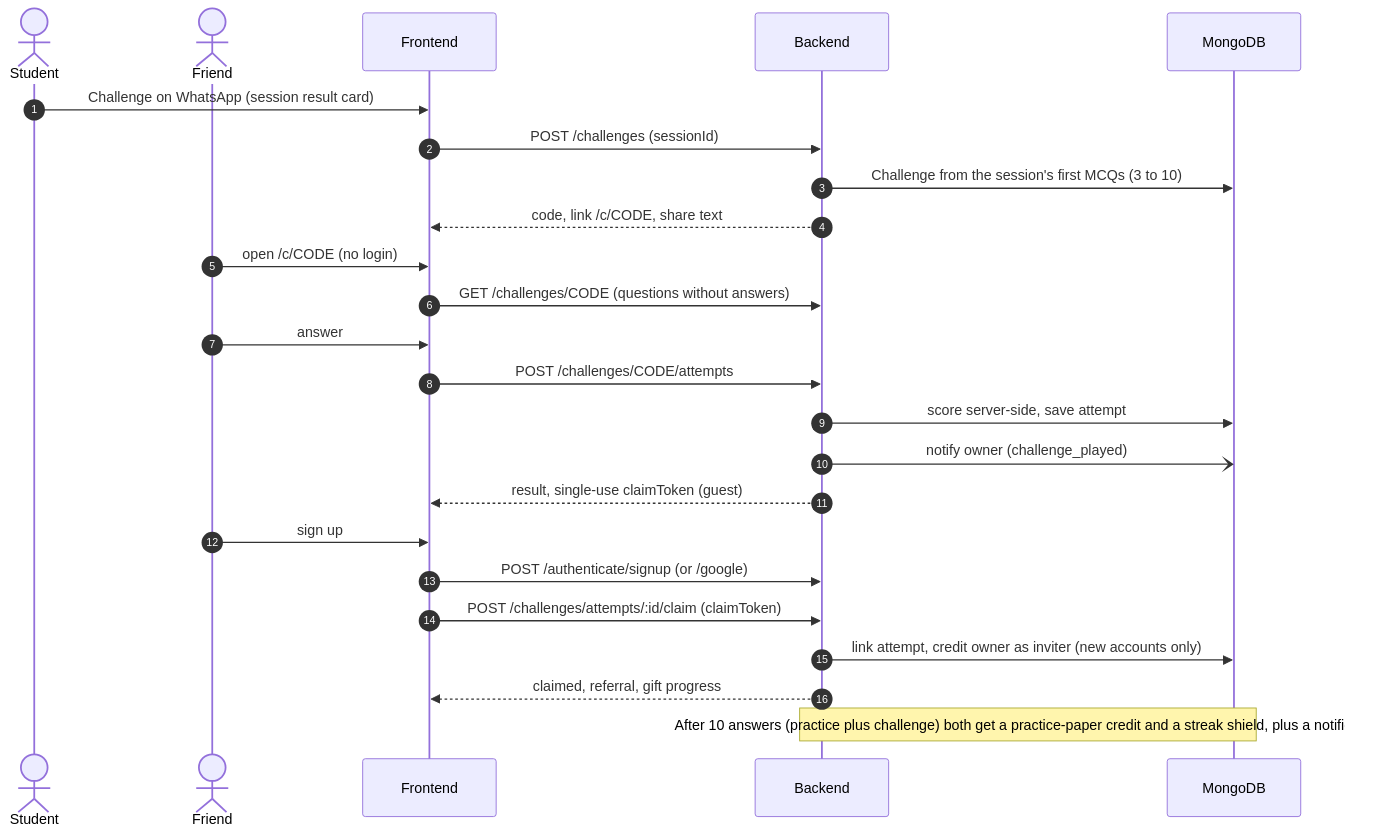
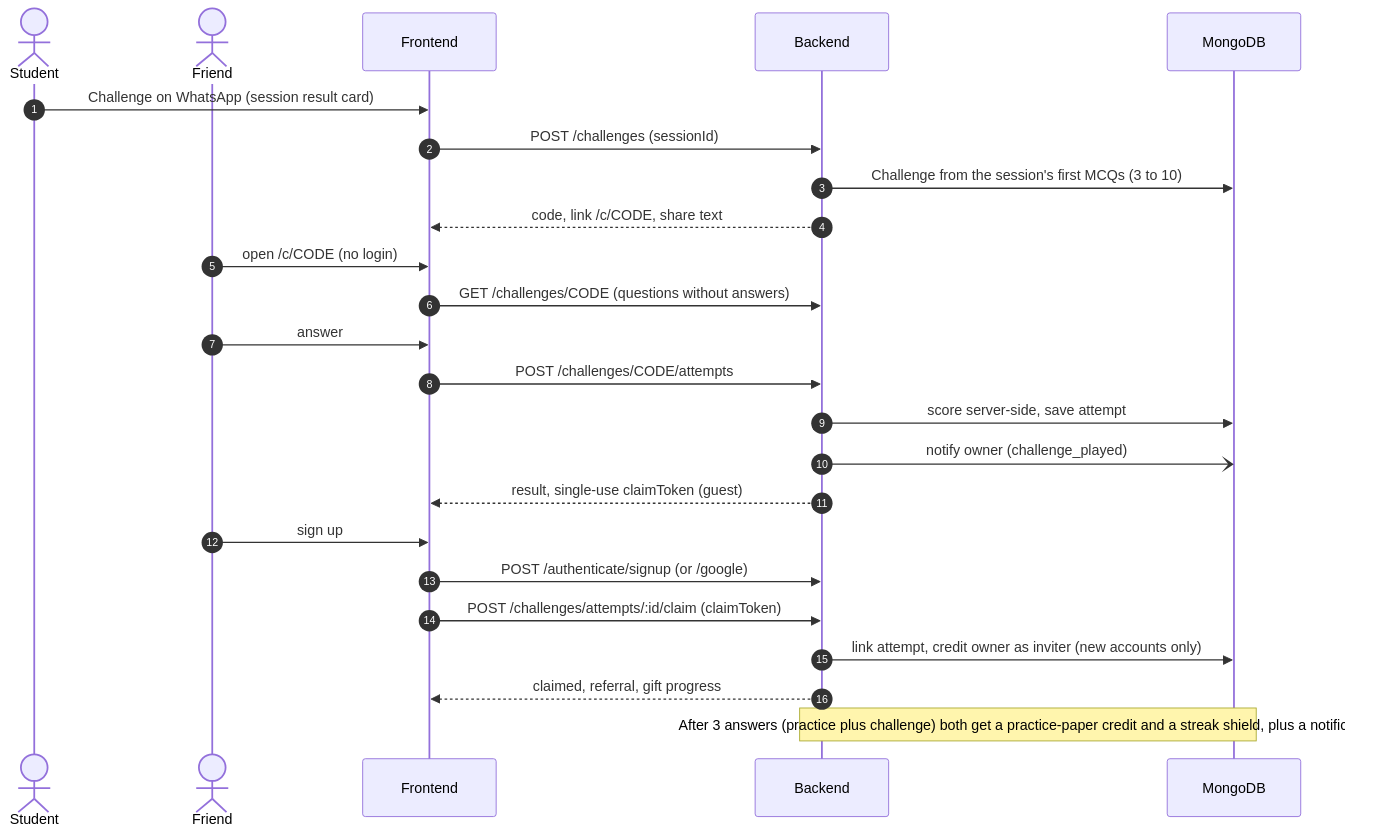
One commit to AskAide-AI/docs changed the eighth of 8 diagrams in docs/reference/hld.md. Above: the diagram before and after it, drawn with Mermaid. The commit also changed other lines of this file and 12 other files, not shown here.

````diff
--- a/docs/reference/hld.md
+++ b/docs/reference/hld.md
@@ -338,26 +338,26 @@
 ```mermaid
 sequenceDiagram
     autonumber
     actor S as Student
     actor F as Friend
     participant FE as Frontend
     participant BE as Backend
     participant DB as MongoDB
     S->>FE: Challenge on WhatsApp (session result card)
     FE->>BE: POST /challenges (sessionId)
     BE->>DB: Challenge from the session's first MCQs (3 to 10)
     BE-->>FE: code, link /c/CODE, share text
     F->>FE: open /c/CODE (no login)
     FE->>BE: GET /challenges/CODE (questions without answers)
     F->>FE: answer
     FE->>BE: POST /challenges/CODE/attempts
     BE->>DB: score server-side, save attempt
     BE-)DB: notify owner (challenge_played)
     BE-->>FE: result, single-use claimToken (guest)
     F->>FE: sign up
     FE->>BE: POST /authenticate/signup (or /google)
     FE->>BE: POST /challenges/attempts/:id/claim (claimToken)
     BE->>DB: link attempt, credit owner as inviter (new accounts only)
     BE-->>FE: claimed, referral, gift progress
-    Note over BE,DB: After 10 answers (practice plus challenge) both get a practice-paper credit and a streak shield, plus a notification
+    Note over BE,DB: After 3 answers (practice plus challenge) both get a practice-paper credit and a streak shield, plus a notification
 ```
````
